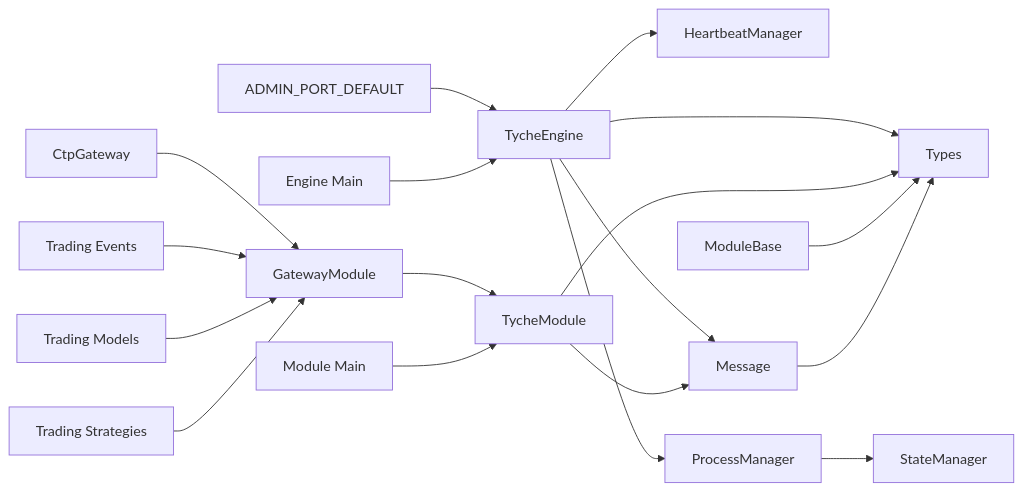
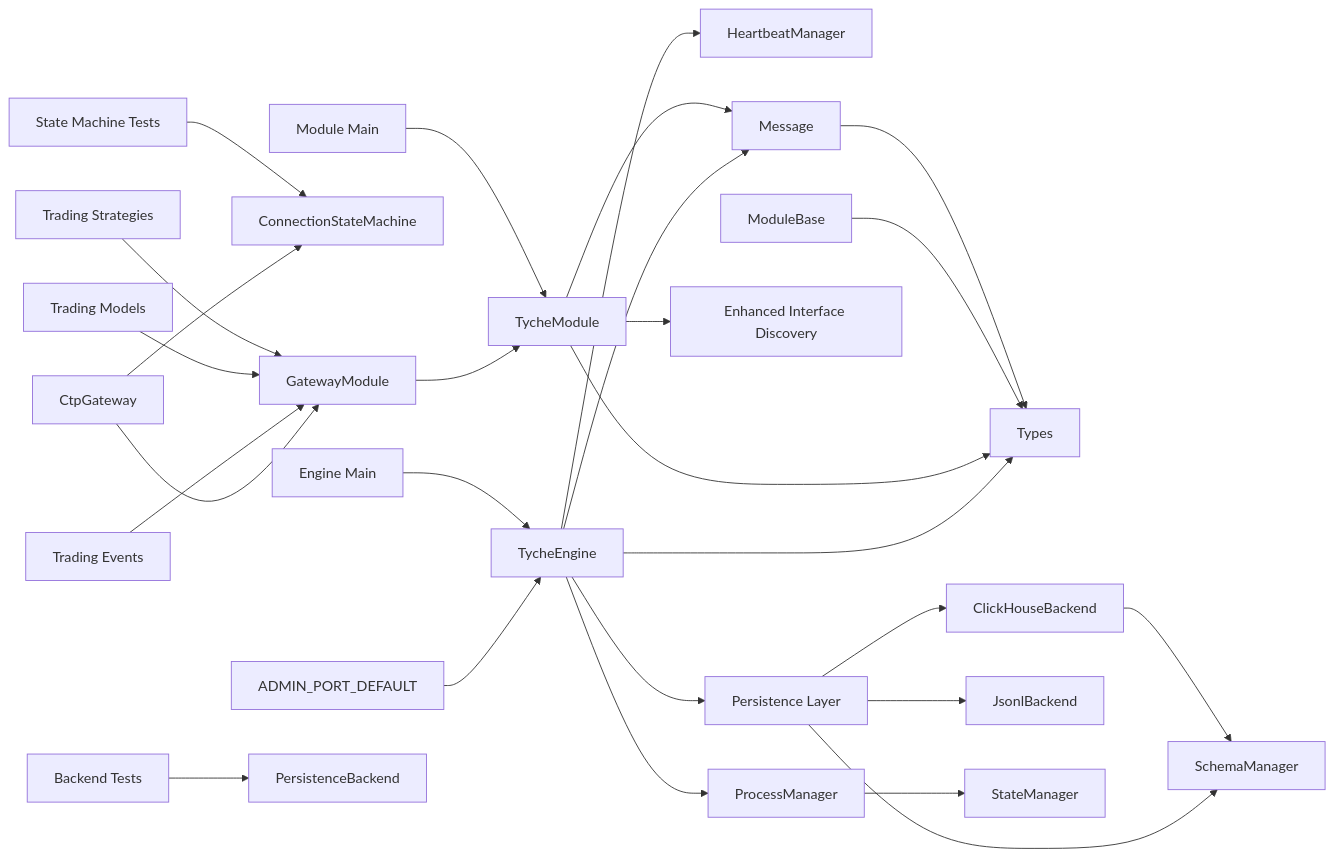
One commit to zt281/TycheEngine changed diagram 11 of 11 in .qoder/repowiki/en/content/Core Components/Core Components.md. Above: the diagram before and after it, drawn with Mermaid. The commit also changed other lines of this file and 11 other files, not shown here.

````diff
--- a/.qoder/repowiki/en/content/Core Components/Core Components.md
+++ b/.qoder/repowiki/en/content/Core Components/Core Components.md
@@ -1051,20 +1380,29 @@
 ```mermaid
 graph LR
 Engine["TycheEngine"] --> HBMgr["HeartbeatManager"]
 Engine --> Msg["Message"]
 Engine --> Types["Types"]
+Engine --> Persist["Persistence Layer"]
 TycheMod["TycheModule"] --> Msg
 TycheMod --> Types
+TycheMod --> InterfaceDiscovery["Enhanced Interface Discovery"]
 ModBase["ModuleBase"] --> Types
 GatewayMod["GatewayModule"] --> TycheMod
 CtpGateway["CtpGateway"] --> GatewayMod
+CtpGateway --> StateMachine["ConnectionStateMachine"]
+Persist --> ClickHouse["ClickHouseBackend"]
+Persist --> Jsonl["JsonlBackend"]
+Persist --> SchemaMgr["SchemaManager"]
+ClickHouse --> SchemaMgr
 TradingEvents["Trading Events"] --> GatewayMod
 TradingModels["Trading Models"] --> GatewayMod
 TradingStrategies["Trading Strategies"] --> GatewayMod
 Msg --> Types
 AdminConst["ADMIN_PORT_DEFAULT"] --> Engine
 ProcMgr["ProcessManager"] --> StateMgr["StateManager"]
 Engine --> ProcMgr
 CLIEngine["Engine Main"] --> Engine
 CLIModule["Module Main"] --> TycheMod
+TestBackend["Backend Tests"] --> BackendAPI["PersistenceBackend"]
+TestSM["State Machine Tests"] --> StateMachine
 ```
````
